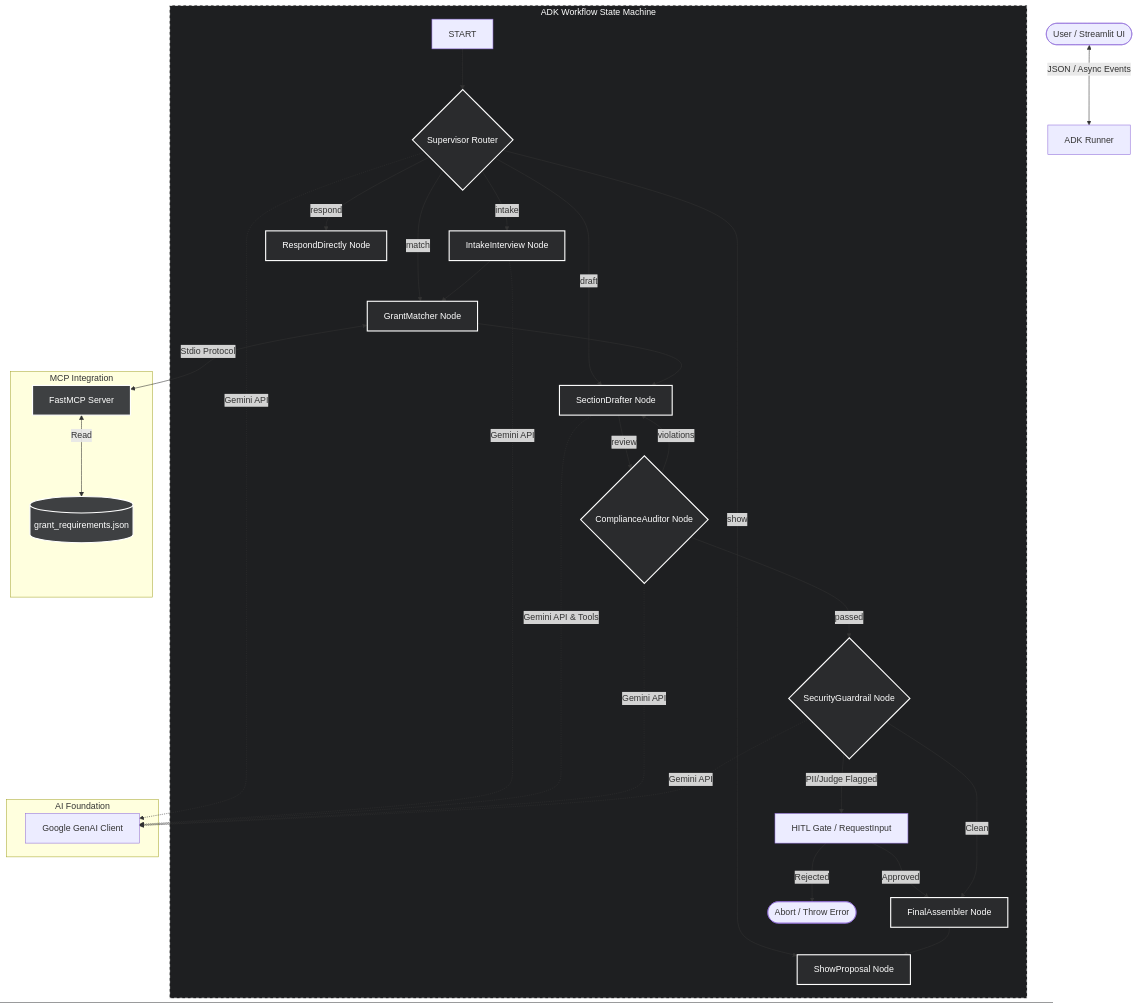
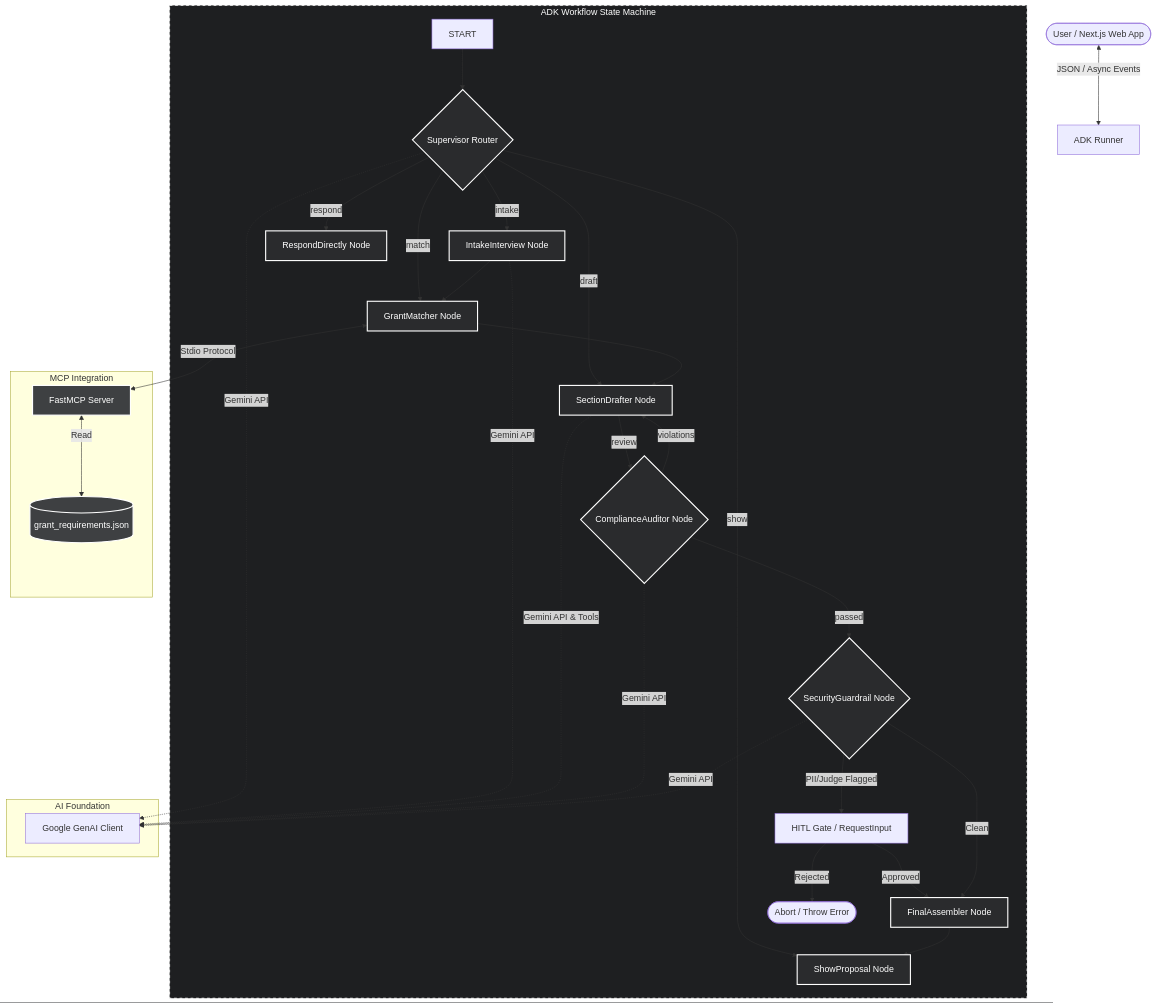
Before and after one commit to BhupendraLute/eco-grant-writer-agent: the diagram in README.md, drawn with Mermaid. The commit also changed other lines of this file and 1 other file, not shown here.

Commit message:
docs: add documentation for Next.js web application and update project README to prioritize the new frontend stack

````diff
--- a/README.md
+++ b/README.md
@@ -13,48 +13,48 @@
 ```mermaid
 graph TD
-    User(["User / Streamlit UI"]) <--> |"JSON / Async Events"| Runner[ADK Runner]
+    User(["User / Next.js Web App"]) <--> |"JSON / Async Events"| Runner[ADK Runner]
     
     subgraph Machine ["ADK Workflow State Machine"]
         START --> Router{Supervisor Router}
         Router --> |"intake"| Intake[IntakeInterview Node]
         Router --> |"match"| Match[GrantMatcher Node]
         Router --> |"draft"| Draft[SectionDrafter Node]
         Router --> |"show"| Show[ShowProposal Node]
         Router --> |"respond"| Respond[RespondDirectly Node]
         
         Intake --> Match
         Match --> Draft
         
         Draft --> |"review"| Compliance{ComplianceAuditor Node}
         
         Compliance --> |"violations"| Draft
         Compliance --> |"passed"| Security{SecurityGuardrail Node}
         
         Security --> |"PII/Judge Flagged"| HITL[HITL Gate / RequestInput]
         HITL --> |"Approved"| Assembler[FinalAssembler Node]
         HITL --> |"Rejected"| Reject([Abort / Throw Error])
         
         Security --> |"Clean"| Assembler
         Assembler --> Show
     end
 
     subgraph MCP ["MCP Integration"]
         Match <--> |"Stdio Protocol"| MCPServer[FastMCP Server]
         MCPServer <--> |"Read"| Guidelines[("grant_requirements.json")]
     end
 
     subgraph AI ["AI Foundation"]
         Router -.-> |"Gemini API"| Gemini[Google GenAI Client]
         Intake -.-> |"Gemini API"| Gemini
         Draft -.-> |"Gemini API & Tools"| Gemini
         Compliance -.-> |"Gemini API"| Gemini
         Security -.-> |"Gemini API"| Gemini
     end
 
     classDef nodeClass fill:#2a2b2d,stroke:#ffffff,stroke-width:2px,color:#ffffff;
     classDef boundaryClass fill:#1e1f21,stroke:#ffffff,stroke-width:1.5px,stroke-dasharray: 5 5,color:#ffffff;
     classDef serverClass fill:#3e4042,stroke:#ffffff,stroke-width:2px,color:#ffffff;
     class Intake,Match,Draft,Compliance,Security,Assembler,Show,Respond,Router nodeClass;
     class Machine boundaryClass;
     class MCPServer,Guidelines serverClass;
 ```
````
